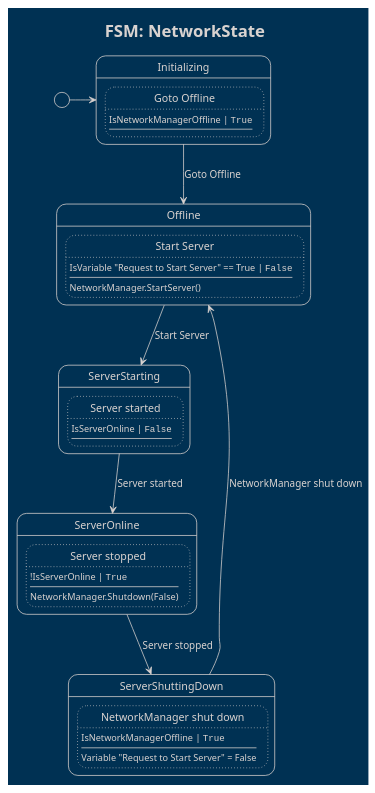
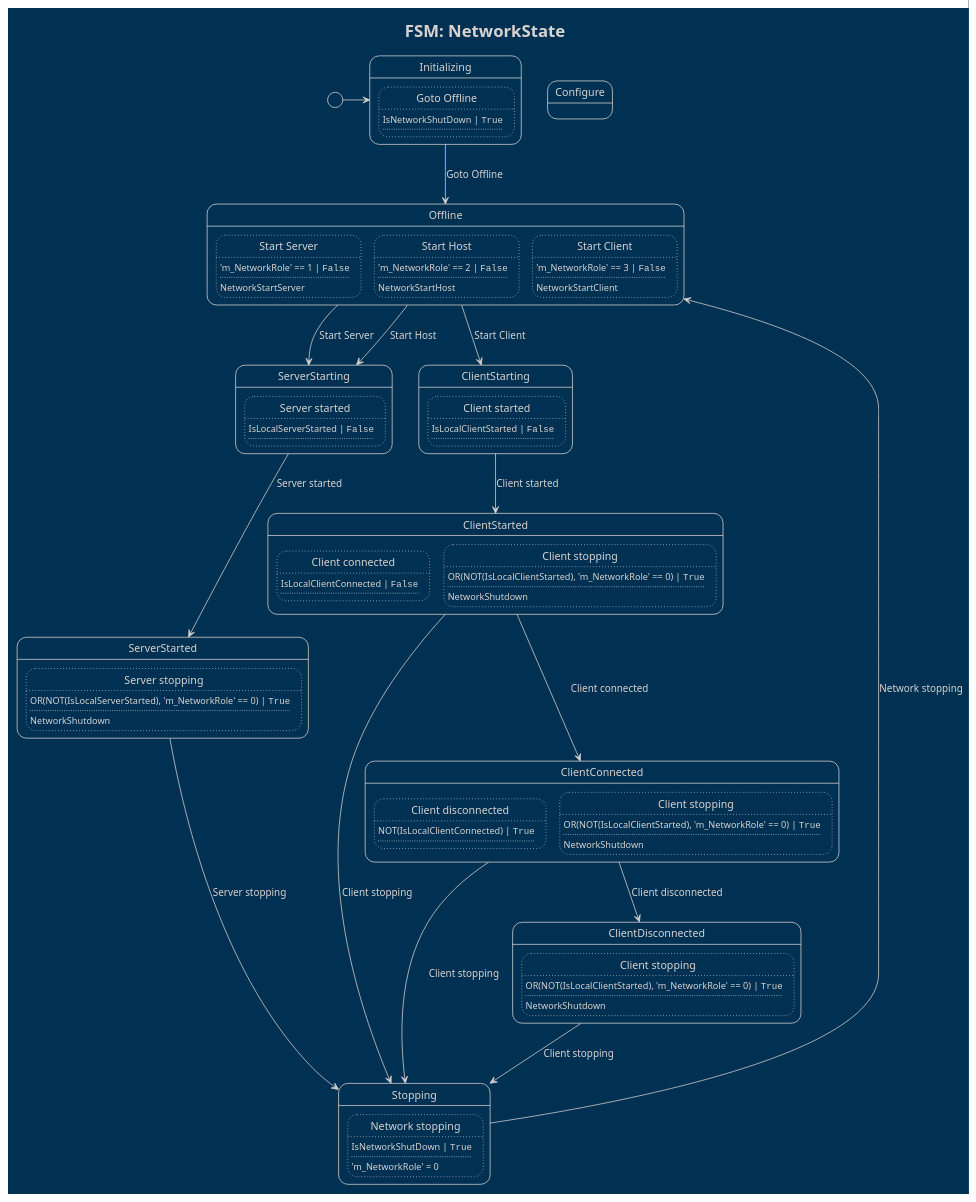
The diagram in PlantUML Diagrams/CodeSmile.BetterNetcode.Network.NetworkState.puml (CodeSmile-0000011110110111/WriteBetterNetcode), drawn with PlantUML before and after one commit. The commit also changed 40 other files, not shown here.

Commit message:
Statemachine: added more features and fixed a few bugs NetworkState: implemented the start/stop networking statemachine for server/host and client states

```diff
--- a/PlantUML Diagrams/CodeSmile.BetterNetcode.Network.NetworkState.puml
+++ b/PlantUML Diagrams/CodeSmile.BetterNetcode.Network.NetworkState.puml
@@ -1,61 +1,129 @@
 @startuml
 
 !theme blueprint
 hide empty description
 
 title FSM: NetworkState
 
 state "Initializing" as state0
 state state0 {
 	state "Goto Offline" as state0_trans0
 	state state0_trans0 #line.dotted {
-		state0_trans0 : IsNetworkManagerOffline | ""True""
-		state0_trans0 : ----
+		state0_trans0 : IsNetworkShutDown | ""True""
+		state0_trans0 : ....
 	}
 }
 state "Offline" as state1
 state state1 {
 	state "Start Server" as state1_trans0
 	state state1_trans0 #line.dotted {
-		state1_trans0 : IsVariable "Request to Start Server" == True | ""False""
-		state1_trans0 : ----
-		state1_trans0 : NetworkManager.StartServer()
+		state1_trans0 : 'm_NetworkRole' == 1 | ""False""
+		state1_trans0 : ....
+		state1_trans0 : NetworkStartServer
+	}
+	state "Start Host" as state1_trans1
+	state state1_trans1 #line.dotted {
+		state1_trans1 : 'm_NetworkRole' == 2 | ""False""
+		state1_trans1 : ....
+		state1_trans1 : NetworkStartHost
+	}
+	state "Start Client" as state1_trans2
+	state state1_trans2 #line.dotted {
+		state1_trans2 : 'm_NetworkRole' == 3 | ""False""
+		state1_trans2 : ....
+		state1_trans2 : NetworkStartClient
 	}
 }
-state "ServerStarting" as state2
+state "Configure" as state2
 state state2 {
-	state "Server started" as state2_trans0
-	state state2_trans0 #line.dotted {
-		state2_trans0 : IsServerOnline | ""False""
-		state2_trans0 : ----
+}
+state "Stopping" as state3
+state state3 {
+	state "Network stopping" as state3_trans0
+	state state3_trans0 #line.dotted {
+		state3_trans0 : IsNetworkShutDown | ""True""
+		state3_trans0 : ....
+		state3_trans0 : 'm_NetworkRole' = 0
 	}
 }
-state "ServerOnline" as state3
-state state3 {
-	state "Server stopped" as state3_trans0
-	state state3_trans0 #line.dotted {
-		state3_trans0 : !IsServerOnline | ""True""
-		state3_trans0 : ----
-		state3_trans0 : NetworkManager.Shutdown(False)
+state "ServerStarting" as state4
+state state4 {
+	state "Server started" as state4_trans0
+	state state4_trans0 #line.dotted {
+		state4_trans0 : IsLocalServerStarted | ""False""
+		state4_trans0 : ....
 	}
 }
-state "ServerShuttingDown" as state4
-state state4 {
-	state "NetworkManager shut down" as state4_trans0
-	state state4_trans0 #line.dotted {
-		state4_trans0 : IsNetworkManagerOffline | ""True""
-		state4_trans0 : ----
-		state4_trans0 : Variable "Request to Start Server" = False
+state "ServerStarted" as state5
+state state5 {
+	state "Server stopping" as state5_trans0
+	state state5_trans0 #line.dotted {
+		state5_trans0 : OR(NOT(IsLocalServerStarted), 'm_NetworkRole' == 0) | ""True""
+		state5_trans0 : ....
+		state5_trans0 : NetworkShutdown
+	}
+}
+state "ClientStarting" as state6
+state state6 {
+	state "Client started" as state6_trans0
+	state state6_trans0 #line.dotted {
+		state6_trans0 : IsLocalClientStarted | ""False""
+		state6_trans0 : ....
+	}
+}
+state "ClientStarted" as state7
+state state7 {
+	state "Client connected" as state7_trans0
+	state state7_trans0 #line.dotted {
+		state7_trans0 : IsLocalClientConnected | ""False""
+		state7_trans0 : ....
+	}
+	state "Client stopping" as state7_trans1
+	state state7_trans1 #line.dotted {
+		state7_trans1 : OR(NOT(IsLocalClientStarted), 'm_NetworkRole' == 0) | ""True""
+		state7_trans1 : ....
+		state7_trans1 : NetworkShutdown
+	}
+}
+state "ClientConnected" as state8
+state state8 {
+	state "Client disconnected" as state8_trans0
+	state state8_trans0 #line.dotted {
+		state8_trans0 : NOT(IsLocalClientConnected) | ""True""
+		state8_trans0 : ....
+	}
+	state "Client stopping" as state8_trans1
+	state state8_trans1 #line.dotted {
+		state8_trans1 : OR(NOT(IsLocalClientStarted), 'm_NetworkRole' == 0) | ""True""
+		state8_trans1 : ....
+		state8_trans1 : NetworkShutdown
+	}
+}
+state "ClientDisconnected" as state9
+state state9 {
+	state "Client stopping" as state9_trans0
+	state state9_trans0 #line.dotted {
+		state9_trans0 : OR(NOT(IsLocalClientStarted), 'm_NetworkRole' == 0) | ""True""
+		state9_trans0 : ....
+		state9_trans0 : NetworkShutdown
 	}
 }
 
 
 [*] -> state0
 state0 --> state1 : Goto Offline
-state1 --> state2 : Start Server
-state2 --> state3 : Server started
-state3 --> state4 : Server stopped
-state4 --> state1 : NetworkManager shut down
+state1 --> state4 : Start Server
+state1 --> state4 : Start Host
+state1 --> state6 : Start Client
+state3 --> state1 : Network stopping
+state4 --> state5 : Server started
+state5 --> state3 : Server stopping
+state6 --> state7 : Client started
+state7 --> state8 : Client connected
+state7 --> state3 : Client stopping
+state8 --> state9 : Client disconnected
+state8 --> state3 : Client stopping
+state9 --> state3 : Client stopping
 
 
 @enduml
```
